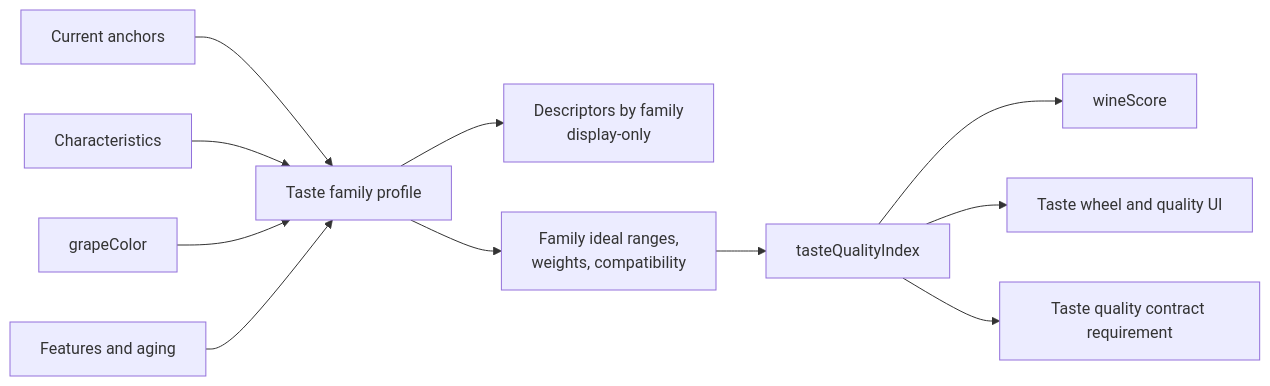
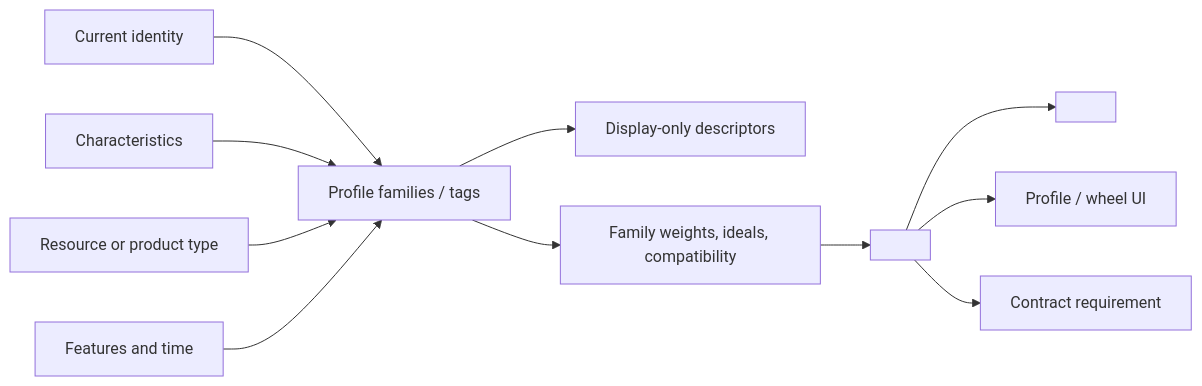
One commit to gram12321/protoproduction changed the fifth of 10 diagrams in docs/VariableRelationshipMap.md. Above: the diagram before and after it, drawn with Mermaid. The commit also changed other lines of this file and 15 other files, not shown here.

````diff
--- a/docs/VariableRelationshipMap.md
+++ b/docs/VariableRelationshipMap.md
@@ -136,13 +144,13 @@
 ```mermaid
 flowchart LR
-  A["Current anchors"] --> TF["Taste family profile"]
-  CH["Characteristics"] --> TF
-  GC["grapeColor"] --> TF
-  FE["Features and aging"] --> TF
-  TF --> DESC["Descriptors by family\ndisplay-only"]
-  TF --> TQB["Family ideal ranges,\nweights, compatibility"]
-  TQB --> TQI["tasteQualityIndex"]
-  TQI --> WS["wineScore"]
-  TQI --> UI["Taste wheel and quality UI"]
-  TQI --> CTR["Taste quality contract requirement"]
+  A["Current identity"] --> PF["Profile families / tags"]
+  CH["Characteristics"] --> PF
+  TYPE["Resource or product type"] --> PF
+  FE["Features and time"] --> PF
+  PF --> DESC["Display-only descriptors"]
+  PF --> TQB["Family weights, ideals, compatibility"]
+  TQB --> QI["<qualityIndexB>"]
+  QI --> SC["<aggregateScore>"]
+  QI --> UI["Profile / wheel UI"]
+  QI --> CTR["Contract requirement"]
 ```
````
